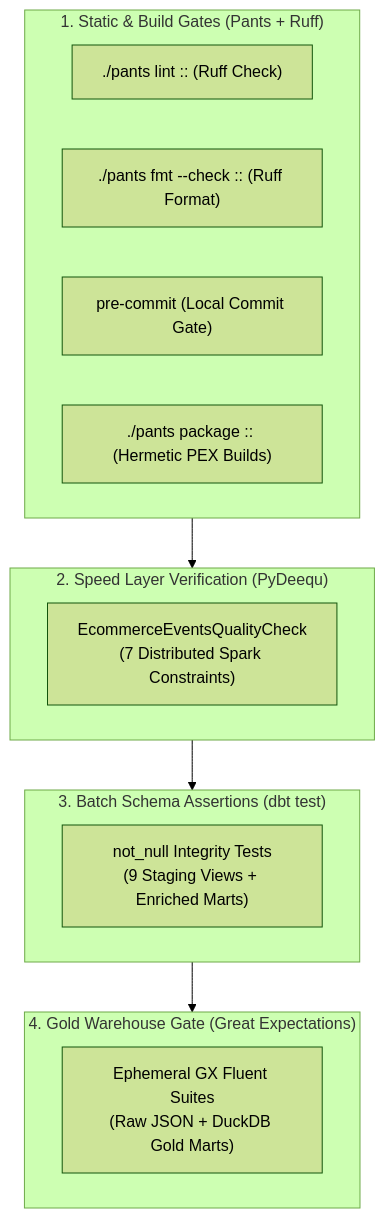
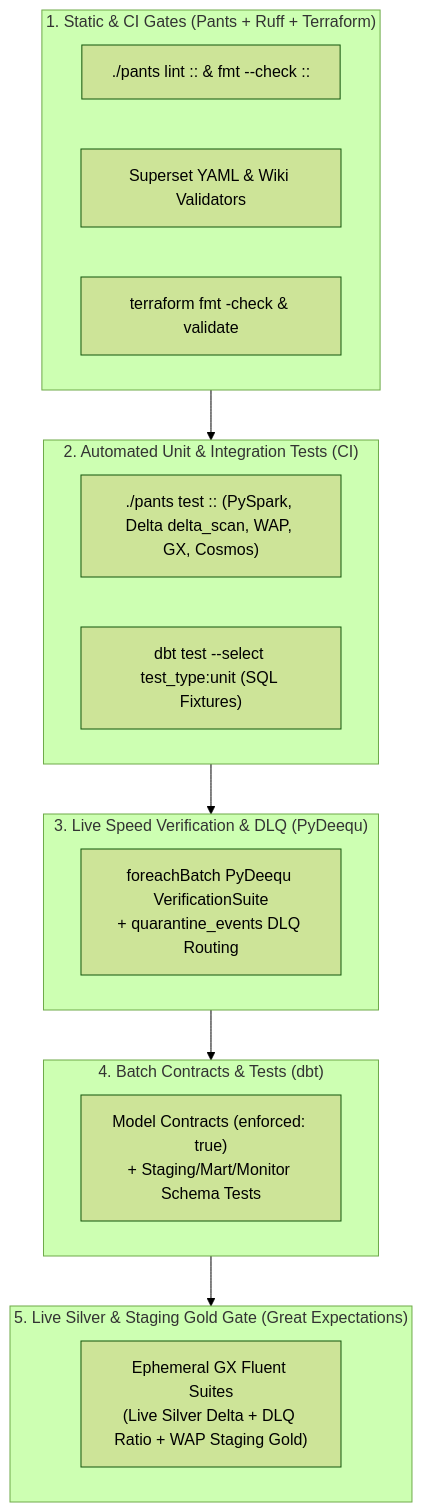
The first of 2 diagrams in docs/wiki/Testing-and-Quality-Gates.md (JayKay24/data-engineering), drawn with Mermaid (forest theme) before and after one commit. The commit also changed other lines of this file and 77 other files, not shown here.

Commit message:
feat(ecommerce): modernize pipeline to Medallion Lakehouse with Redpanda, WAP DuckDB, SCD2, Cosmos & CI

````diff
--- a/docs/wiki/Testing-and-Quality-Gates.md
+++ b/docs/wiki/Testing-and-Quality-Gates.md
@@ -7,23 +7,27 @@
 ```mermaid
 flowchart TD
-  subgraph Tier1 ["1. Static & Build Gates (Pants + Ruff)"]
-    Lint["./pants lint :: (Ruff Check)"]
-    Fmt["./pants fmt --check :: (Ruff Format)"]
-    Hooks["pre-commit (Local Commit Gate)"]
-    Pkg["./pants package :: (Hermetic PEX Builds)"]
+  subgraph Tier1 ["1. Static & CI Gates (Pants + Ruff + Terraform)"]
+    Lint["./pants lint :: & fmt --check ::"]
+    Superset["Superset YAML & Wiki Validators"]
+    TF["terraform fmt -check & validate"]
   end
 
-  subgraph Tier2 ["2. Speed Layer Verification (PyDeequ)"]
-    Deequ["EcommerceEventsQualityCheck<br/>(7 Distributed Spark Constraints)"]
+  subgraph Tier2 ["2. Automated Unit & Integration Tests (CI)"]
+    Pytest["./pants test :: (PySpark, Delta delta_scan, WAP, GX, Cosmos)"]
+    DbtUnit["dbt test --select test_type:unit (SQL Fixtures)"]
   end
 
-  subgraph Tier3 ["3. Batch Schema Assertions (dbt test)"]
-    DbtTests["not_null Integrity Tests<br/>(9 Staging Views + Enriched Marts)"]
+  subgraph Tier3 ["3. Live Speed Verification & DLQ (PyDeequ)"]
+    Deequ["foreachBatch PyDeequ VerificationSuite<br/>+ quarantine_events DLQ Routing"]
   end
 
-  subgraph Tier4 ["4. Gold Warehouse Gate (Great Expectations)"]
-    GX["Ephemeral GX Fluent Suites<br/>(Raw JSON + DuckDB Gold Marts)"]
+  subgraph Tier4 ["4. Batch Contracts & Tests (dbt)"]
+    DbtTests["Model Contracts (enforced: true)<br/>+ Staging/Mart/Monitor Schema Tests"]
   end
 
-  Tier1 --> Tier2 --> Tier3 --> Tier4
+  subgraph Tier5 ["5. Live Silver & Staging Gold Gate (Great Expectations)"]
+    GX["Ephemeral GX Fluent Suites<br/>(Live Silver Delta + DLQ Ratio + WAP Staging Gold)"]
+  end
+
+  Tier1 --> Tier2 --> Tier3 --> Tier4 --> Tier5
 ```
````
